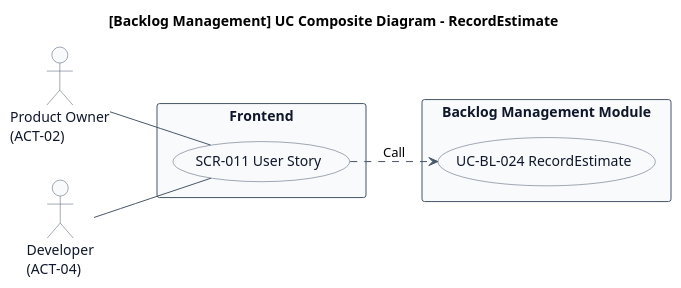
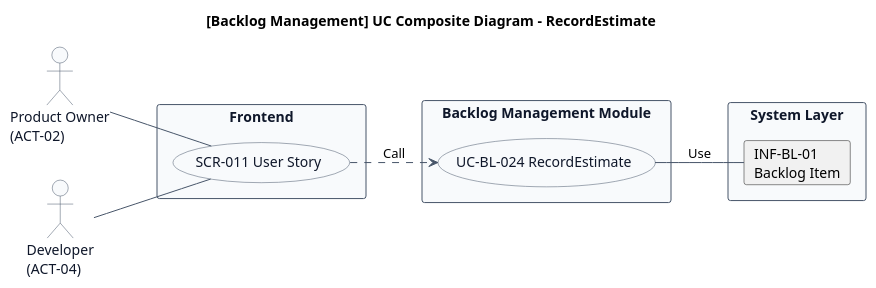
The first of 2 diagrams in docs/22 要件定義書/AG アジルーム/03 機能要件/AG-02 要求バックログ管理/03.システム境界/UC-BL-024 見積もりを記録する/UC複合図.md (mizo432/modulith-learning), drawn with PlantUML before and after one commit. The commit also changed other lines of this file and 209 other files, not shown here.

````diff
--- a/docs/22 要件定義書/AG アジルーム/03 機能要件/AG-02 要求バックログ管理/03.システム境界/UC-BL-024 見積もりを記録する/UC複合図.md
+++ b/docs/22 要件定義書/AG アジルーム/03 機能要件/AG-02 要求バックログ管理/03.システム境界/UC-BL-024 見積もりを記録する/UC複合図.md
@@ -11,38 +11,43 @@
 ```plantuml
 title [Backlog Management] UC Composite Diagram - RecordEstimate
 left to right direction
 
 skinparam usecase {
   BackgroundColor #F8FAFC
   BorderColor #475569
   FontColor #0F172A
 }
 skinparam actor {
   BackgroundColor #F8FAFC
   BorderColor #475569
   FontColor #0F172A
 }
 skinparam rectangle {
   BackgroundColor #F8FAFC
   BorderColor #475569
   FontColor #0F172A
 }
 skinparam arrowColor #475569
 skinparam shadowing false
 
 actor "Product Owner\n(ACT-02)" as ACT1
 actor "Developer\n(ACT-04)" as ACT2
 
 rectangle "Frontend" {
   usecase "SCR-011 User Story" as SCR
 }
 
 rectangle "Backlog Management Module" {
   usecase "UC-BL-024 RecordEstimate" as UC
 }
 
+rectangle "System Layer" {
+  card "INF-BL-01\nBacklog Item" as INF01
+}
+
 ACT1 -- SCR
 ACT2 -- SCR
 SCR ..> UC : Call
+UC -- INF01 : Use
 @enduml
 ```
````
